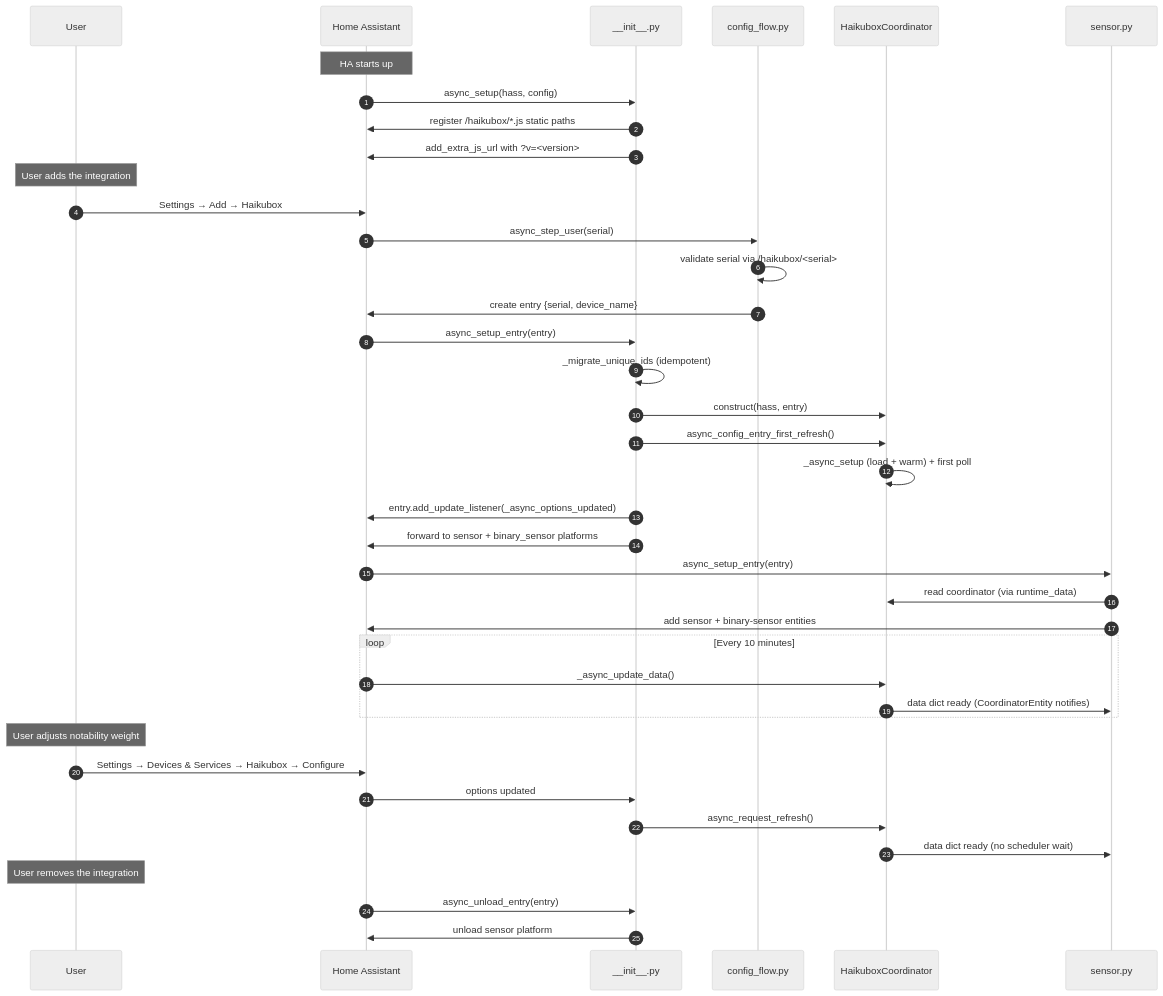
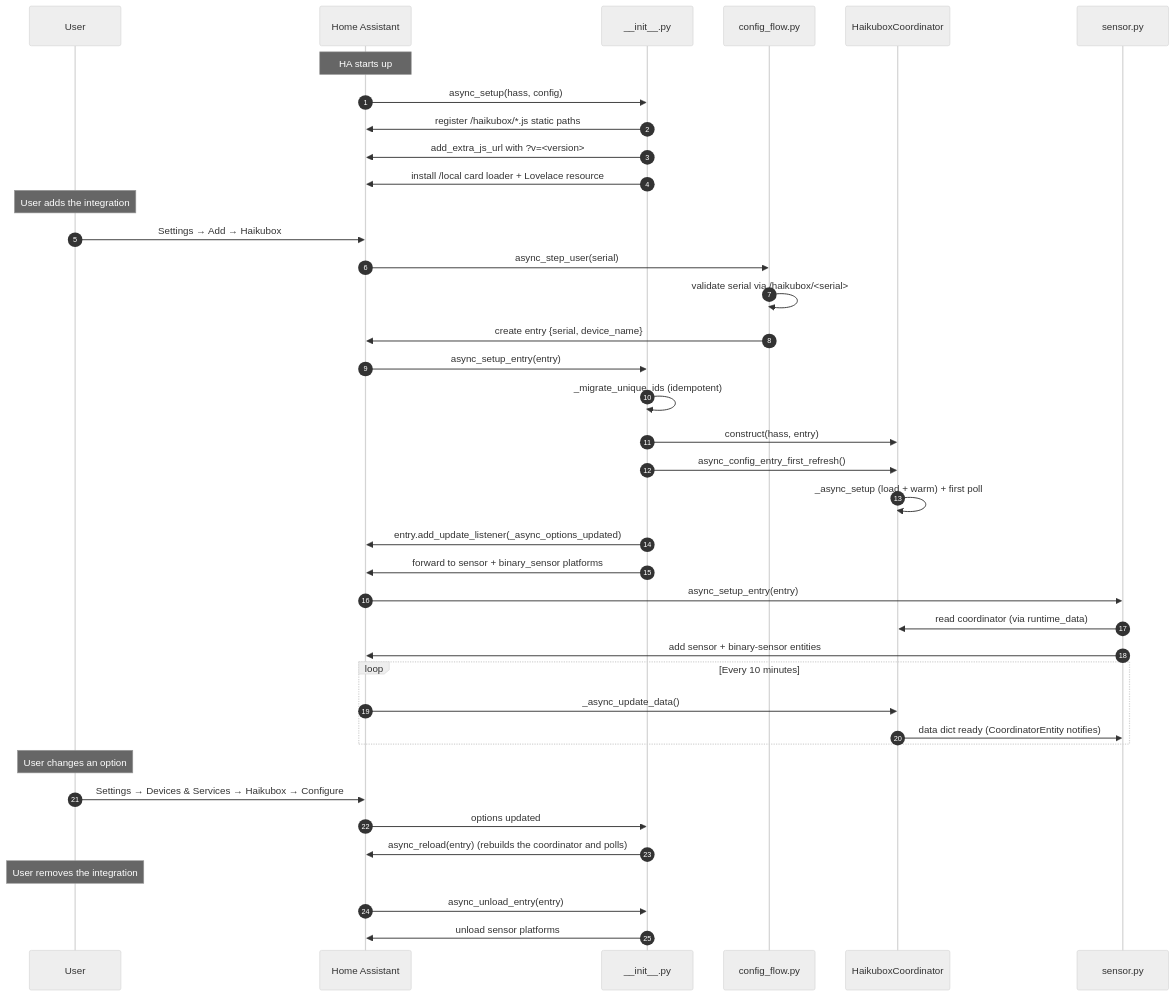
Before and after one commit to eklundjon/ha-haikubox: the third of 3 diagrams in docs/architecture.md, drawn with Mermaid (neutral theme). The commit also changed other lines of this file and 9 other files, not shown here.

````diff
--- a/docs/architecture.md
+++ b/docs/architecture.md
@@ -191,47 +194,47 @@
 ```mermaid
 sequenceDiagram
     autonumber
     participant User
     participant HA as Home Assistant
     participant Init as __init__.py
     participant CF as config_flow.py
     participant Coord as HaikuboxCoordinator
     participant Sensor as sensor.py
 
     Note over HA: HA starts up
     HA->>Init: async_setup(hass, config)
     Init->>HA: register /haikubox/*.js static paths
     Init->>HA: add_extra_js_url with ?v=<version>
+    Init->>HA: install /local card loader + Lovelace resource
 
     Note over User: User adds the integration
     User->>HA: Settings → Add → Haikubox
     HA->>CF: async_step_user(serial)
     CF->>CF: validate serial via /haikubox/<serial>
     CF->>HA: create entry {serial, device_name}
 
     HA->>Init: async_setup_entry(entry)
     Init->>Init: _migrate_unique_ids (idempotent)
     Init->>Coord: construct(hass, entry)
     Init->>Coord: async_config_entry_first_refresh()
     Coord->>Coord: _async_setup (load + warm) + first poll
     Init->>HA: entry.add_update_listener(_async_options_updated)
     Init->>HA: forward to sensor + binary_sensor platforms
     HA->>Sensor: async_setup_entry(entry)
     Sensor->>Coord: read coordinator (via runtime_data)
     Sensor->>HA: add sensor + binary-sensor entities
 
     loop Every 10 minutes
         HA->>Coord: _async_update_data()
         Coord->>Sensor: data dict ready (CoordinatorEntity notifies)
     end
 
-    Note over User: User adjusts notability weight
+    Note over User: User changes an option
     User->>HA: Settings → Devices & Services → Haikubox → Configure
     HA->>Init: options updated
-    Init->>Coord: async_request_refresh()
-    Coord->>Sensor: data dict ready (no scheduler wait)
+    Init->>HA: async_reload(entry) (rebuilds the coordinator and polls)
 
     Note over User: User removes the integration
     HA->>Init: async_unload_entry(entry)
-    Init->>HA: unload sensor platform
+    Init->>HA: unload sensor platforms
 ```
````
